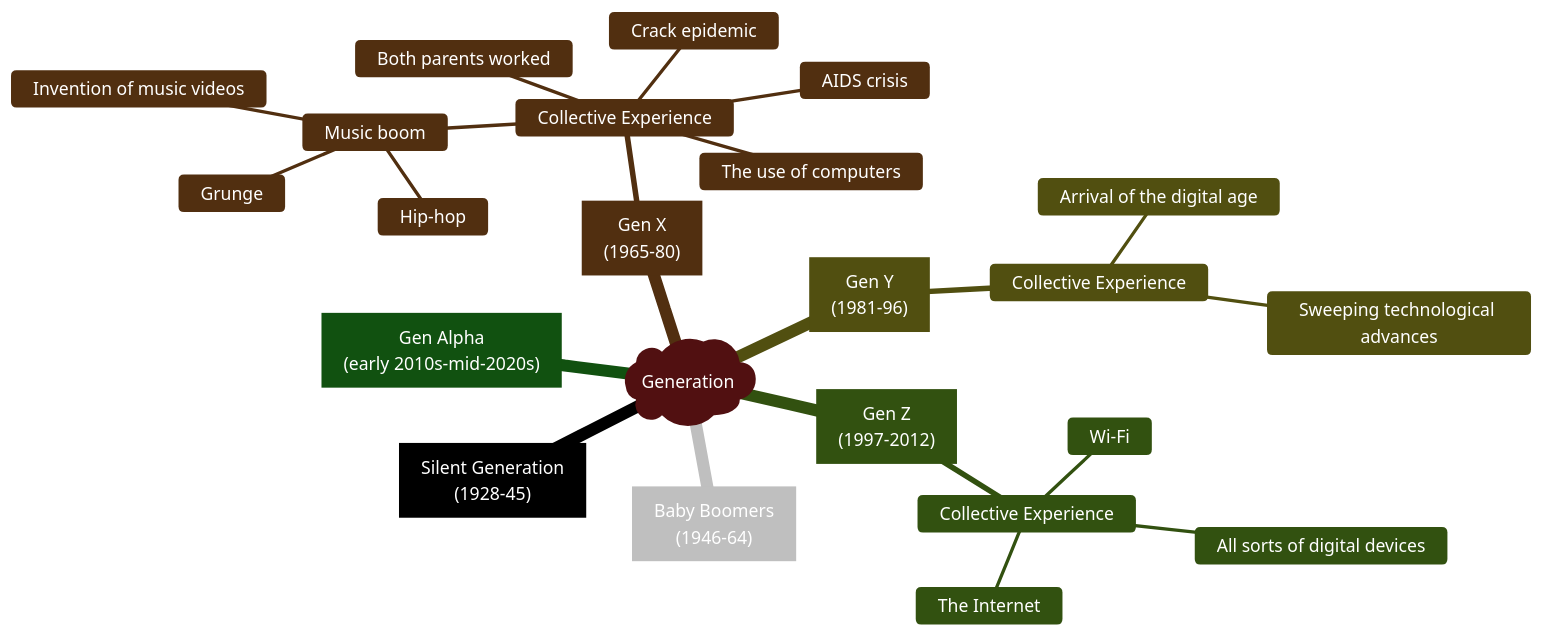
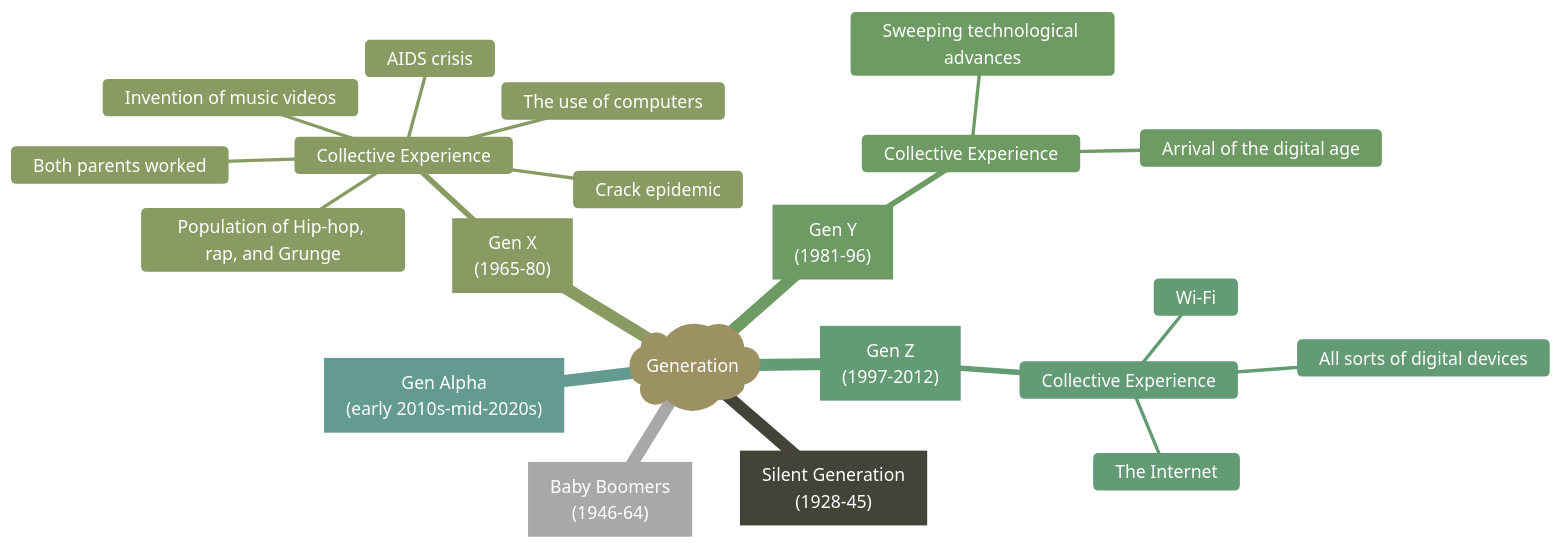
The diagram in 英语第一次作业.md (Charlie929-dot/charlie_vault), drawn with Mermaid before and after one commit.

Commit message:
vault backup: 2026-03-04 17:05:07

````diff
--- a/英语第一次作业.md
+++ b/英语第一次作业.md
@@ -3,38 +3,36 @@
 ```mermaid
 ---
 config:
   theme: 'base'
   themeVariables:
-    primaryColor: '#BB2528'
+    primaryColor: '#CDC8B1'
     primaryTextColor: '#fff'
     primaryBorderColor: '#7C0000'
     lineColor: '#F8B229'
-    secondaryColor: '#006100'
-    tertiaryColor: '#fff'
+    secondaryColor: '#8B8970'
+    tertiaryColor: '#E8E8E8'
   layout: 'cose-bilkent'
 ---
 			mindmap
 				  root)Generation(
 				    Gen["`Silent Generation<br/>(1928-45)`"]
 				    Gen["`Baby Boomers<br/>(1946-64)`"]
 				    Gen["`Gen X<br/>(1965-80)`"]
 				      Collective Experience
 				        The use of computers
 				        Both parents worked
 				        Crack epidemic
 				        AIDS crisis
-				        Music boom
-				          Invention of music videos
-				          Hip-hop
-				          Grunge
+				        Invention of music videos
+				        Population of Hip-hop, rap, and Grunge
 				    Gen["`Gen Y<br/>(1981-96)`"]
 				      Collective Experience
 				        Sweeping technological advances
 				        Arrival of the digital age
 				    Gen["`Gen Z<br/>(1997-2012)`"]
 				      Collective Experience
 				        All sorts of digital devices
 				        The Internet
 				        Wi-Fi
 				    Gen["`Gen Alpha<br/>(early 2010s-mid-2020s)`"]
 ```
````
